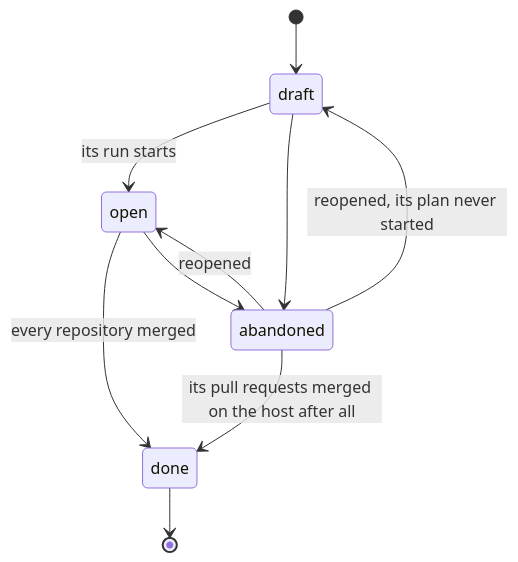
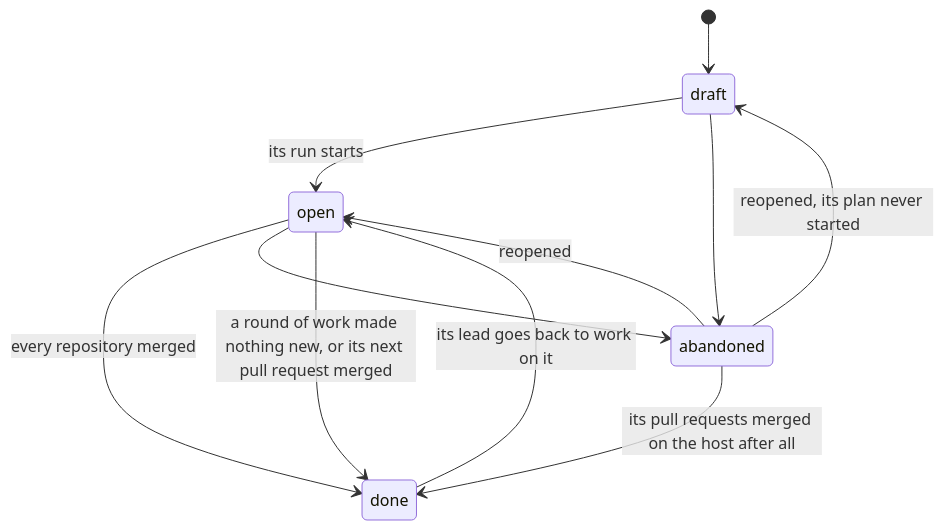
Before and after one commit to AltharIDE/althar: the second of 3 diagrams in docs/architecture/05-workflow-engine.md, drawn with Mermaid. The commit also changed other lines of this file and 7 other files, not shown here.

First line of the commit message:
Document rounds of work and next pull requests, and tell the lead

````diff
--- a/docs/architecture/05-workflow-engine.md
+++ b/docs/architecture/05-workflow-engine.md
@@ -193,12 +193,13 @@
 ```mermaid
 stateDiagram-v2
     [*] --> draft
     draft --> open: its run starts
     draft --> abandoned
     open --> done: every repository merged
     open --> abandoned
     abandoned --> open: reopened
     abandoned --> draft: reopened, its plan never started
     abandoned --> done: its pull requests merged on the host after all
-    done --> [*]
+    done --> open: its lead goes back to work on it
+    open --> done: a round of work made nothing new, or its next pull request merged
 ```
````
